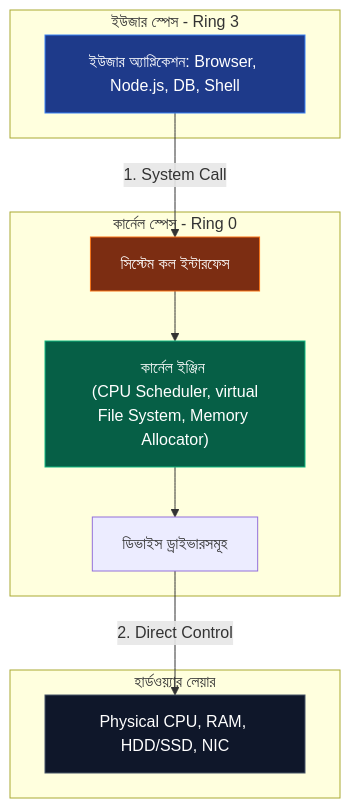
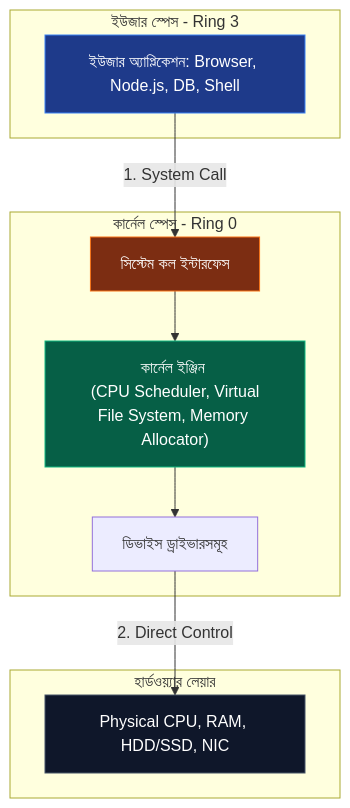
Before and after one commit to awoladhossain/awolad-docs: the first of 7 diagrams in content/linux-kernel.md, drawn with Mermaid. The commit also changed other lines of this file, not shown here.

````diff
--- a/content/linux-kernel.md
+++ b/content/linux-kernel.md
@@ -26,26 +26,26 @@
 ```mermaid
 flowchart TD
     subgraph UserSpace [ইউজার স্পেস - Ring 3]
         App[ইউজার অ্যাপ্লিকেশন: Browser, Node.js, DB, Shell]
     end
     
     subgraph KernelSpace [কার্নেল স্পেস - Ring 0]
         Syscall[সিস্টেম কল ইন্টারফেস]
-        KernelCore["কার্নেল ইঞ্জিন <br> (CPU Scheduler, virtual File System, Memory Allocator)"]
+        KernelCore["কার্নেল ইঞ্জিন <br> (CPU Scheduler, Virtual File System, Memory Allocator)"]
         Drivers[ডিভাইস ড্রাইভারসমূহ]
         Syscall --> KernelCore
         KernelCore --> Drivers
     end
     
     subgraph PhysicalHW [হার্ডওয়্যার লেয়ার]
         HW[Physical CPU, RAM, HDD/SSD, NIC]
     end
     
     App -->|1. System Call| Syscall
     Drivers -->|2. Direct Control| HW
     
     style App fill:#1e3a8a,stroke:#3b82f6,color:#fff
     style Syscall fill:#7c2d12,stroke:#f97316,color:#fff
     style KernelCore fill:#065f46,stroke:#10b981,color:#fff
     style HW fill:#0f172a,stroke:#475569,color:#fff
 ```
````
